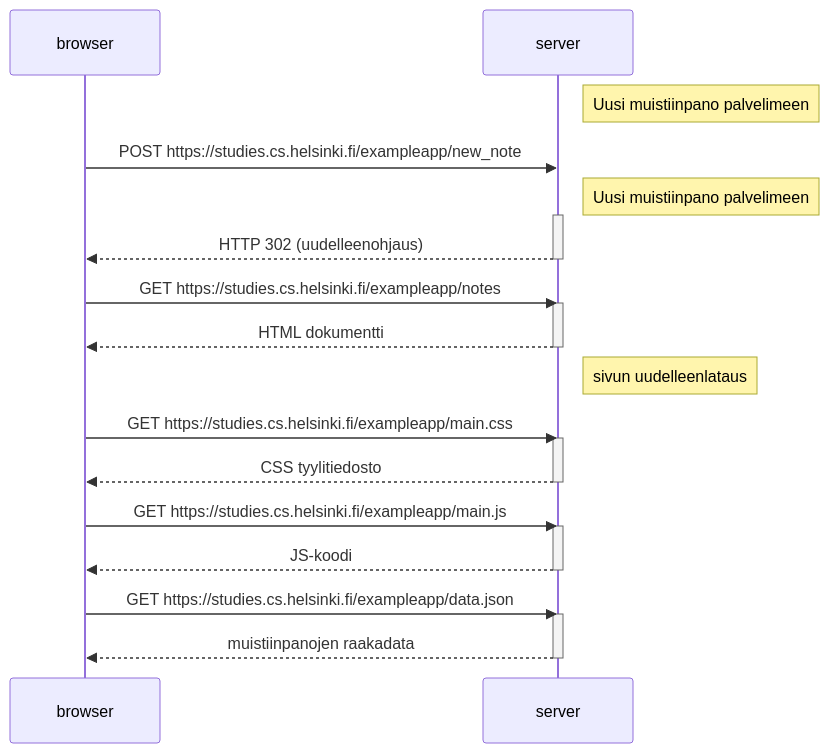
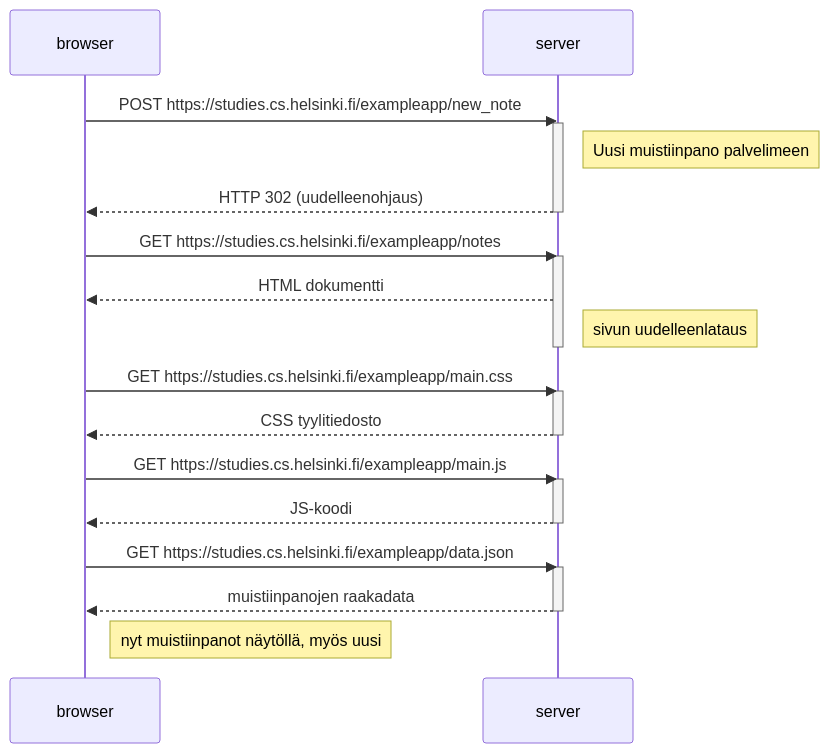
Before and after one commit to AKoivisto/Fullstack24: the diagram in osa0/0.4_uusi_muistiinpano.md, drawn with Mermaid.

Commit message:
0.4 korjaus

````diff
--- a/osa0/0.4_uusi_muistiinpano.md
+++ b/osa0/0.4_uusi_muistiinpano.md
@@ -1,36 +1,35 @@
 ```mermaid
 sequenceDiagram
     participant browser
     participant server
 
-    
-    Note right of server: Uusi muistiinpano palvelimeen
 
     browser->>server: POST https://studies.cs.helsinki.fi/exampleapp/new_note
+    activate server
     Note right of server: Uusi muistiinpano palvelimeen
-    activate server
     server-->>browser: HTTP 302 (uudelleenohjaus)
     deactivate server
 
     browser->>server: GET https://studies.cs.helsinki.fi/exampleapp/notes
     activate server
     server-->>browser: HTML dokumentti
+    Note right of server: sivun uudelleenlataus
     deactivate server
-
-    Note right of server: sivun uudelleenlataus
 
     browser->>server: GET https://studies.cs.helsinki.fi/exampleapp/main.css
     activate server
     server-->>browser: CSS tyylitiedosto
     deactivate server
 
     browser->>server: GET https://studies.cs.helsinki.fi/exampleapp/main.js
     activate server
     server-->>browser: JS-koodi
     deactivate server
 
     browser->>server: GET https://studies.cs.helsinki.fi/exampleapp/data.json
     activate server
     server-->>browser: muistiinpanojen raakadata
     deactivate server
+
+    Note right of browser: nyt muistiinpanot näytöllä, myös uusi
 ```
````
